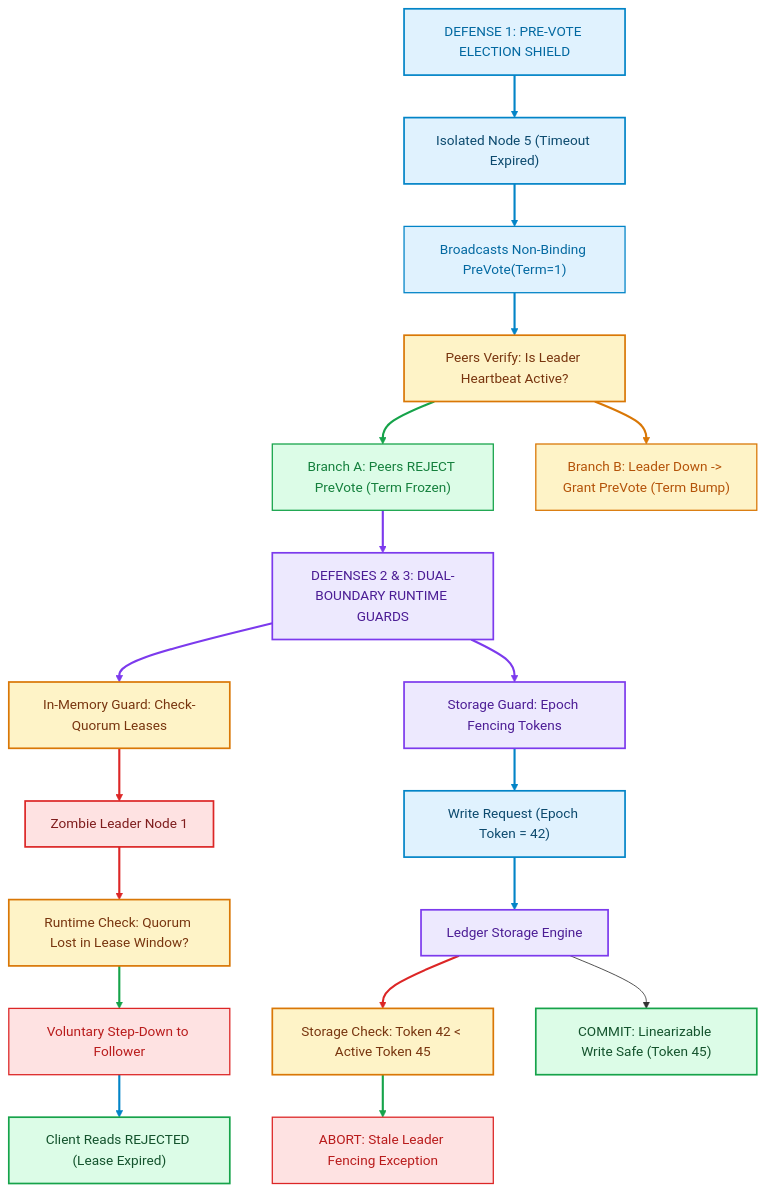
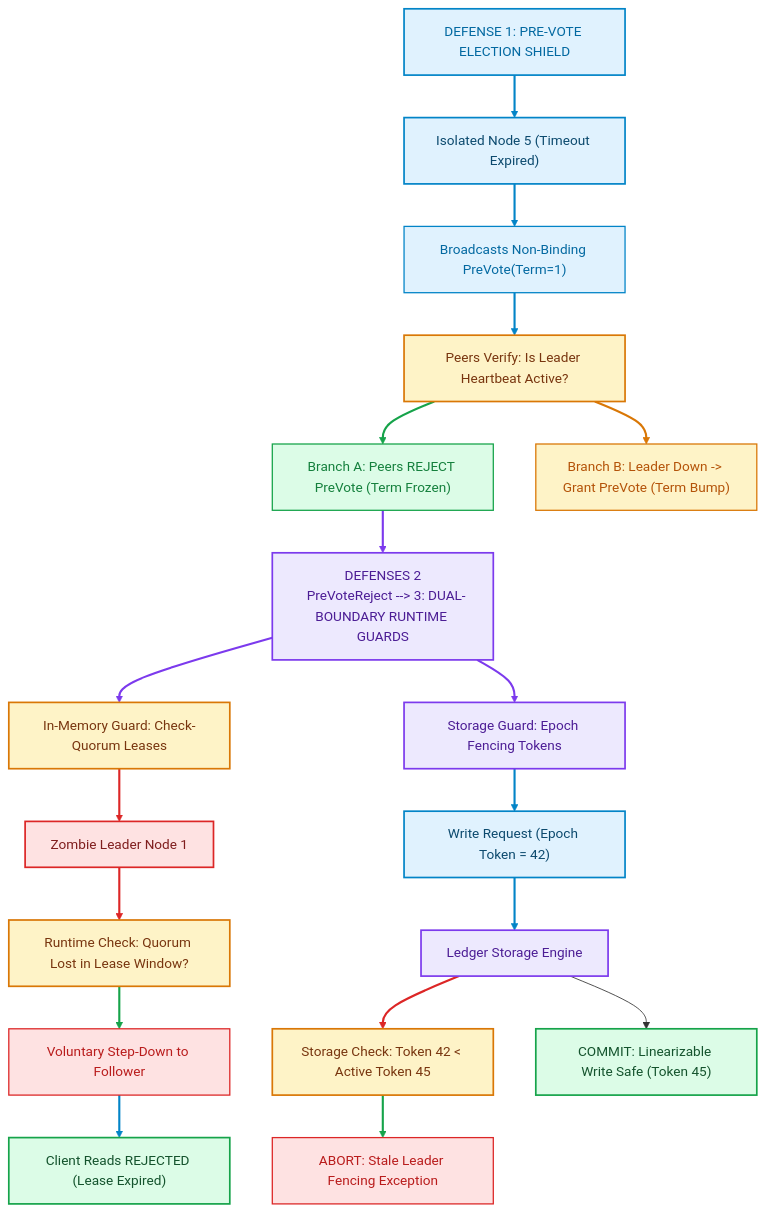
Before and after one commit to akmalkhaniub/akmalkhaniub.github.io: the second of 2 diagrams in blog/posts/split-brain-disasters-raft-paxos-network-partitions-financial-ledgers.md, drawn with Mermaid. The commit also changed other lines of this file and 894 other files, not shown here.

Commit message:
feat(blog): upgrade all 444 posts with unique staggered dates, 2-col Mermaid spines, benchmark tables, code blocks, and trade-offs

````diff
--- a/blog/posts/split-brain-disasters-raft-paxos-network-partitions-financial-ledgers.md
+++ b/blog/posts/split-brain-disasters-raft-paxos-network-partitions-financial-ledgers.md
@@ -131,52 +131,53 @@
 ```mermaid
 flowchart TD
   classDef headerGreen fill:#dcfce7,stroke:#16a34a,stroke-width:2px,color:#14532d;
   classDef headerRed fill:#fee2e2,stroke:#dc2626,stroke-width:2px,color:#7f1d1d;
   classDef headerBlue fill:#e0f2fe,stroke:#0284c7,stroke-width:2px,color:#0369a1;
   classDef headerPurple fill:#ede9fe,stroke:#7c3aed,stroke-width:2px,color:#4c1d95;
   classDef headerAmber fill:#fef3c7,stroke:#d97706,stroke-width:2px,color:#78350f;
 
   classDef leader fill:#dcfce7,stroke:#16a34a,stroke-width:2px,color:#14532d;
   classDef zombie fill:#fee2e2,stroke:#dc2626,stroke-width:2px,color:#7f1d1d;
   classDef client fill:#e0f2fe,stroke:#0284c7,stroke-width:2px,color:#0c4a6e;
   classDef network fill:#fef3c7,stroke:#d97706,stroke-width:2px,color:#78350f;
   classDef ledger fill:#ede9fe,stroke:#7c3aed,stroke-width:2px,color:#4c1d95;
 
   classDef badgeGreen fill:#dcfce7,stroke:#16a34a,stroke-width:1.5px,color:#15803d;
   classDef badgeRed fill:#fee2e2,stroke:#dc2626,stroke-width:1.5px,color:#b91c1c;
   classDef badgeBlue fill:#e0f2fe,stroke:#0284c7,stroke-width:1.5px,color:#0369a1;
   classDef badgeAmber fill:#fef3c7,stroke:#d97706,stroke-width:1.5px,color:#b45309;
 
   D1_Header["DEFENSE 1: PRE-VOTE ELECTION SHIELD"]:::headerBlue
   D1_Header --> DisIso["Isolated Node 5 (Timeout Expired)"]:::client
   DisIso --> PreVoteReq["Broadcasts Non-Binding PreVote(Term=1)"]:::badgeBlue
   PreVoteReq --> PeerCheck["Peers Verify: Is Leader Heartbeat Active?"]:::network
   PeerCheck --> PreVoteReject["Branch A: Peers REJECT PreVote (Term Frozen)"]:::badgeGreen
   PeerCheck --> PreVoteGrant["Branch B: Leader Down -> Grant PreVote (Term Bump)"]:::badgeAmber
 
-  PreVoteReject --> D2_Header["DEFENSES 2 & 3: DUAL-BOUNDARY RUNTIME GUARDS"]:::headerPurple
+  PreVoteReject --> D2_Header["DEFENSES 2
+  PreVoteReject --> 3: DUAL-BOUNDARY RUNTIME GUARDS"]:::headerPurple
 
   D2_Header --> GuardA["In-Memory Guard: Check-Quorum Leases"]:::headerAmber
   D2_Header --> GuardB["Storage Guard: Epoch Fencing Tokens"]:::headerPurple
 
   GuardA --> Z1["Zombie Leader Node 1"]:::zombie
   Z1 --> LeaseCheck["Runtime Check: Quorum Lost in Lease Window?"]:::network
   LeaseCheck --> StepDown["Voluntary Step-Down to Follower"]:::badgeRed
   StepDown --> ReadReject["Client Reads REJECTED (Lease Expired)"]:::leader
 
   GuardB --> WriteReq["Write Request (Epoch Token = 42)"]:::client
   WriteReq --> StorageEngine["Ledger Storage Engine"]:::ledger
   StorageEngine --> TokenCheck["Storage Check: Token 42 < Active Token 45"]:::network
   TokenCheck --> FencingAbort["ABORT: Stale Leader Fencing Exception"]:::badgeRed
   StorageEngine --> LinearCommit["COMMIT: Linearizable Write Safe (Token 45)"]:::leader
 
   linkStyle 0,1,2 stroke:#0284c7,stroke-width:2.5px;
   linkStyle 3 stroke:#16a34a,stroke-width:2.5px;
   linkStyle 4 stroke:#d97706,stroke-width:2.5px;
   linkStyle 5,6,7 stroke:#7c3aed,stroke-width:2.5px;
   linkStyle 8,9 stroke:#dc2626,stroke-width:2.5px;
   linkStyle 10 stroke:#16a34a,stroke-width:2.5px;
   linkStyle 11,12,13 stroke:#0284c7,stroke-width:2.5px;
   linkStyle 14 stroke:#dc2626,stroke-width:2.5px;
   linkStyle 15 stroke:#16a34a,stroke-width:2.5px;
 ```
````
